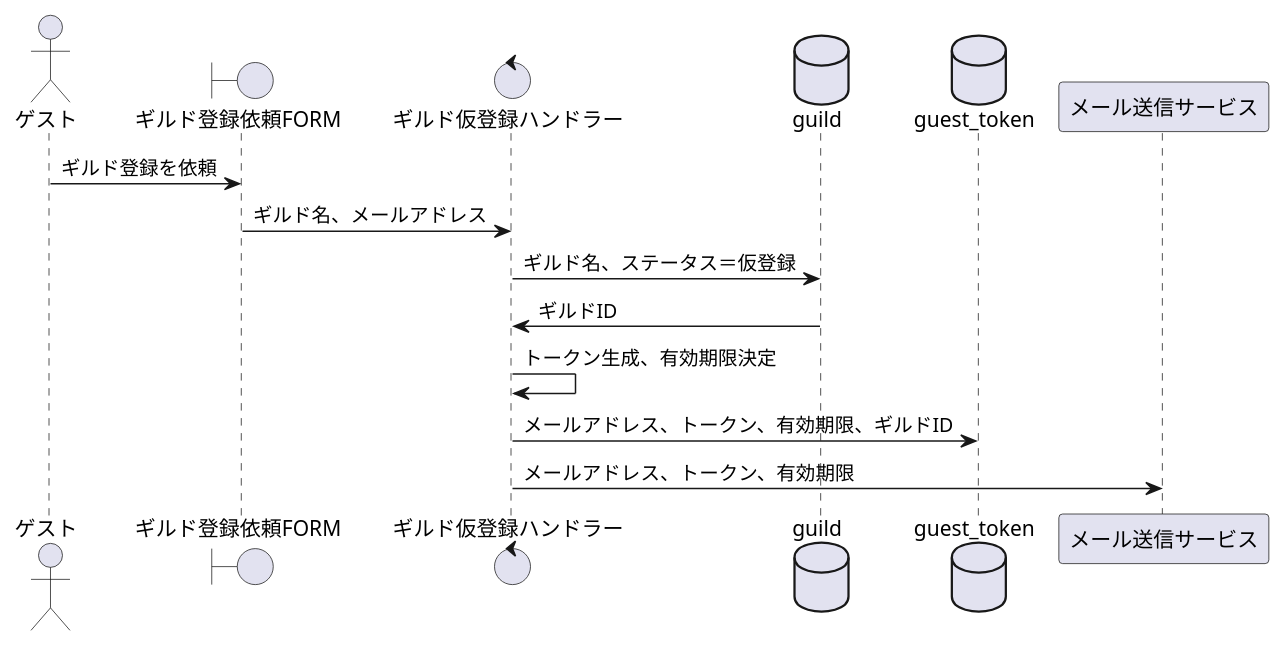
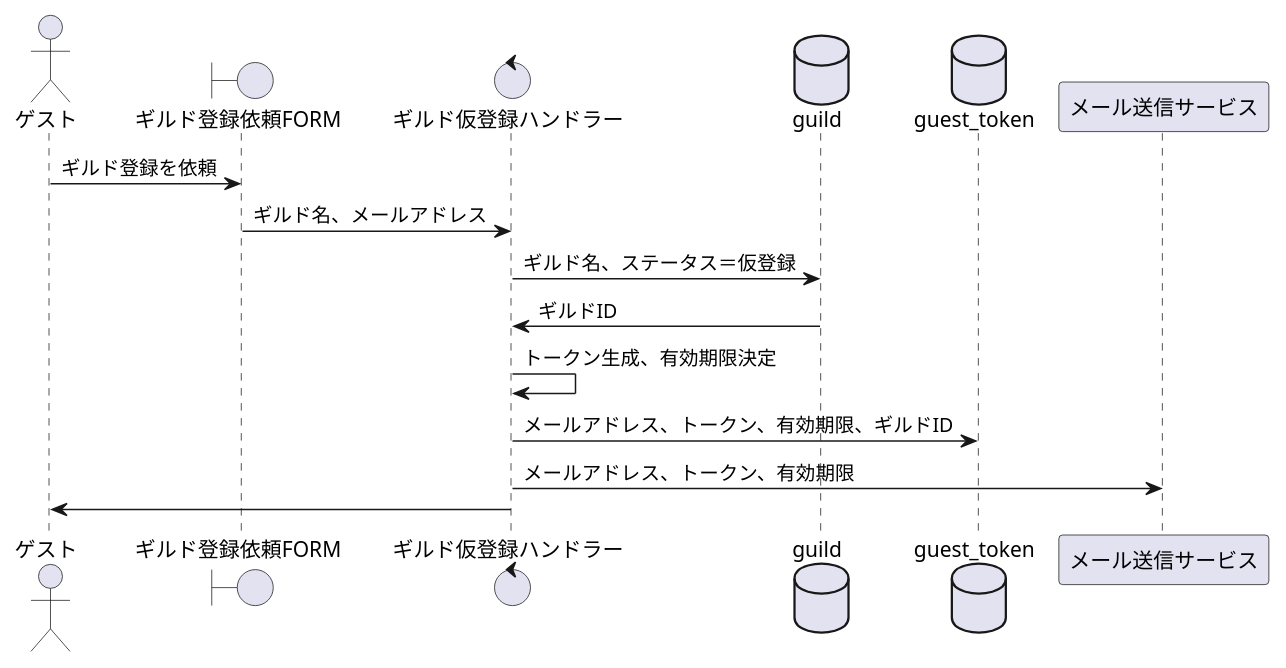
One commit to sky0621/familiagildo changed the diagram in design/sequence/ギルド登録を依頼する.puml. Above: the diagram before and after it, drawn with PlantUML. The commit also changed 15 other files, not shown here.

```diff
--- a/design/sequence/ギルド登録を依頼する.puml
+++ b/design/sequence/ギルド登録を依頼する.puml
@@ -1,18 +1,19 @@
 @startuml
 
 actor ゲスト as guest
 boundary ギルド登録依頼FORM as form
 control ギルド仮登録ハンドラー as handler
 database guild
 database guest_token
 participant メール送信サービス as mail
 
 guest -> form:ギルド登録を依頼
 form -> handler:ギルド名、メールアドレス
 handler -> guild:ギルド名、ステータス＝仮登録
 guild -> handler:ギルドID
 handler -> handler:トークン生成、有効期限決定
 handler -> guest_token:メールアドレス、トークン、有効期限、ギルドID
 handler -> mail:メールアドレス、トークン、有効期限
+handler -> guest
 
 @enduml
```
